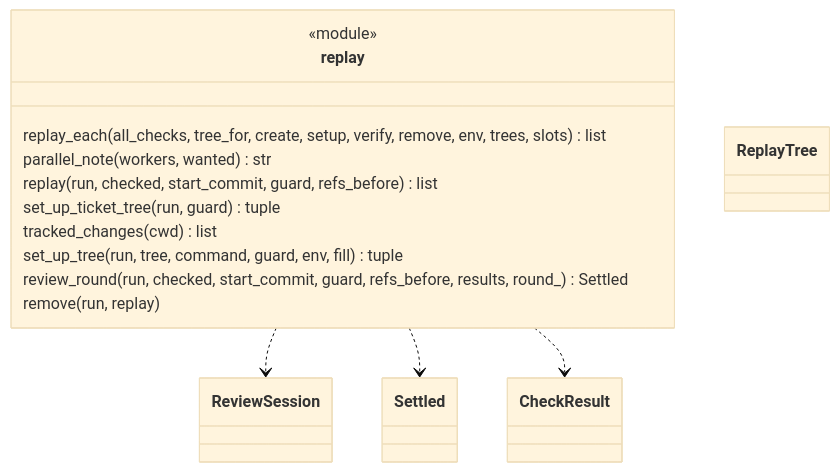
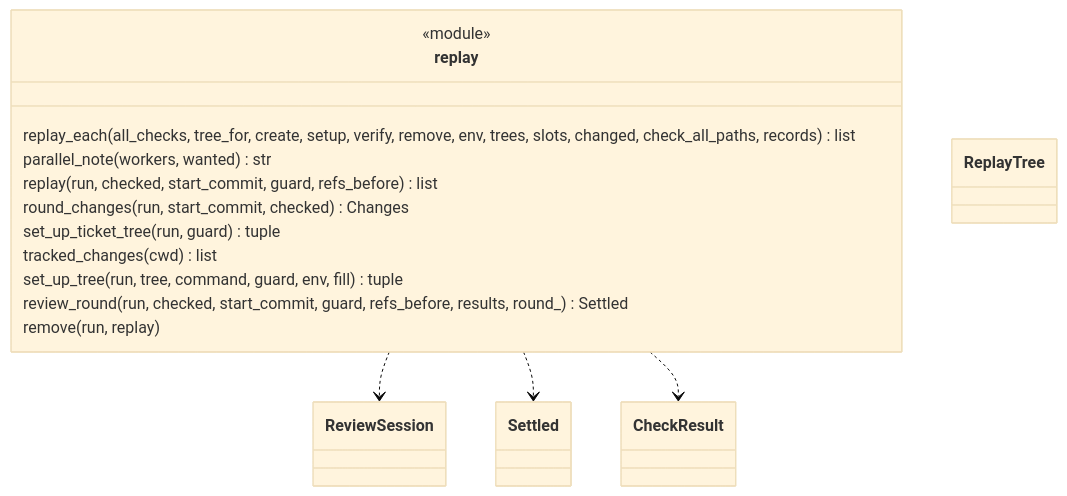
One commit to plaplanche/ariane changed the second of 3 diagrams in docs/architecture/modules/replay.md. Above: the diagram before and after it, drawn with Mermaid (base theme). The commit also changed other lines of this file and 27 other files, not shown here.

Commit message:
#184: Selective checks: checks[].paths and ARIANE_CHANGED_FILES (C9)

````diff
--- a/docs/architecture/modules/replay.md
+++ b/docs/architecture/modules/replay.md
@@ -55,21 +58,22 @@
 ```mermaid
 classDiagram
 class replay {
   <<module>>
-  replay_each(all_checks, tree_for, create, setup, verify, remove, env, trees, slots) list
+  replay_each(all_checks, tree_for, create, setup, verify, remove, env, trees, slots, changed, check_all_paths, records) list
   parallel_note(workers, wanted) str
   replay(run, checked, start_commit, guard, refs_before) list
+  round_changes(run, start_commit, checked) Changes
   set_up_ticket_tree(run, guard) tuple
   tracked_changes(cwd) list
   set_up_tree(run, tree, command, guard, env, fill) tuple
   review_round(run, checked, start_commit, guard, refs_before, results, round_) Settled
   remove(run, replay)
 }
 class ReplayTree
 class ReviewSession
 class Settled
 class CheckResult
 replay ..> ReviewSession
 replay ..> Settled
 replay ..> CheckResult
 ```
````
